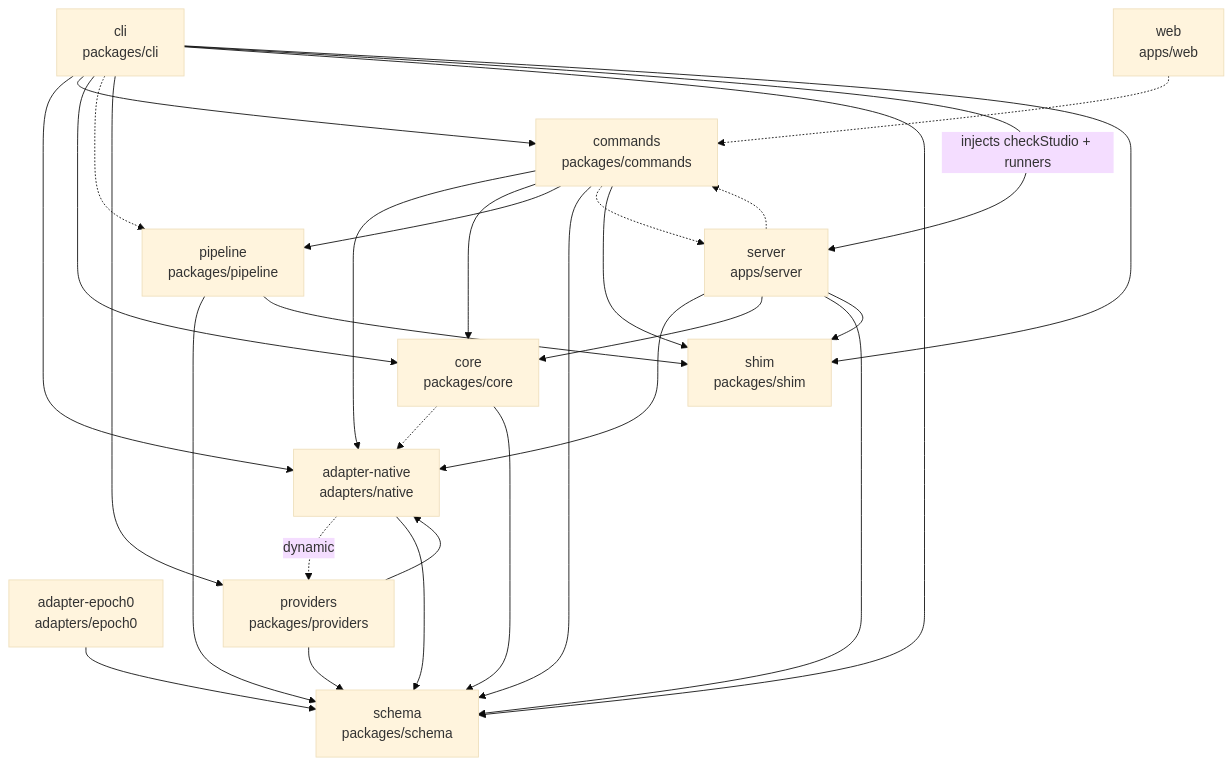
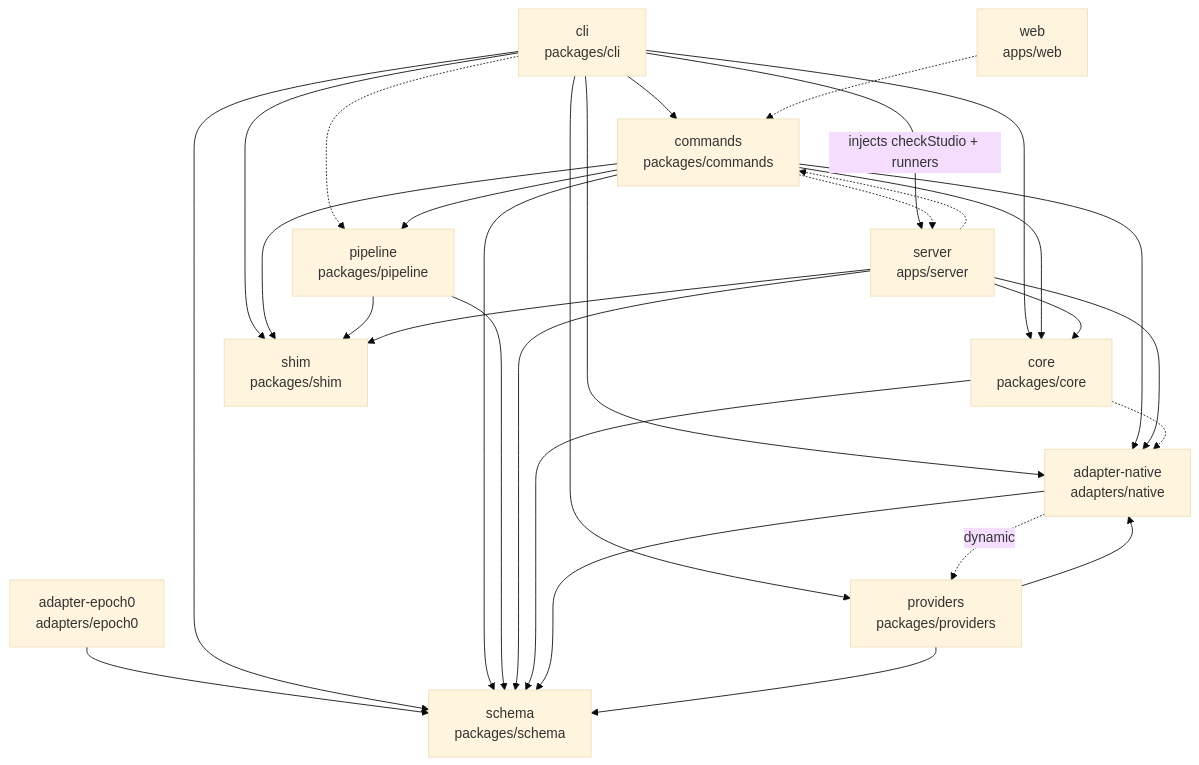
The first of 4 diagrams in docs/ARCHITECTURE.md (Round-Block/bisellium), drawn with Mermaid (base theme) before and after one commit. The commit also changed other lines of this file and 3 other files, not shown here.

First line of the commit message:
docs(architecture): diagrams at natural size, ELK layout (#346)

````diff
--- a/docs/ARCHITECTURE.md
+++ b/docs/ARCHITECTURE.md
@@ -23,43 +23,43 @@
 ```mermaid
 flowchart TD
   adapter_epoch0["adapter-epoch0<br/>adapters/epoch0"]
+  cli["cli<br/>packages/cli"]
+  web["web<br/>apps/web"]
+  commands["commands<br/>packages/commands"]
+  pipeline["pipeline<br/>packages/pipeline"]
+  server["server<br/>apps/server"]
+  core["core<br/>packages/core"]
+  shim["shim<br/>packages/shim"]
   adapter_native["adapter-native<br/>adapters/native"]
-  cli["cli<br/>packages/cli"]
-  commands["commands<br/>packages/commands"]
-  core["core<br/>packages/core"]
-  pipeline["pipeline<br/>packages/pipeline"]
   providers["providers<br/>packages/providers"]
   schema["schema<br/>packages/schema"]
-  server["server<br/>apps/server"]
-  shim["shim<br/>packages/shim"]
-  web["web<br/>apps/web"]
   adapter_epoch0 --> schema
+  cli --> commands
+  cli -.-> pipeline
+  cli -- "injects checkStudio + runners" --> server
+  cli --> core
+  cli --> shim
+  cli --> adapter_native
+  cli --> providers
+  cli --> schema
+  web -.-> commands
+  commands --> pipeline
+  commands -.-> server
+  commands --> core
+  commands --> shim
+  commands --> adapter_native
+  commands --> schema
+  pipeline --> shim
+  pipeline --> schema
+  server -.-> commands
+  server --> core
+  server --> shim
+  server --> adapter_native
+  server --> schema
+  core -.-> adapter_native
+  core --> schema
   adapter_native -. dynamic .-> providers
   adapter_native --> schema
-  cli --> adapter_native
-  cli --> commands
-  cli --> core
-  cli -.-> pipeline
-  cli --> providers
-  cli --> schema
-  cli -- "injects checkStudio + runners" --> server
-  cli --> shim
-  commands --> adapter_native
-  commands --> core
-  commands --> pipeline
-  commands --> schema
-  commands -.-> server
-  commands --> shim
-  core -.-> adapter_native
-  core --> schema
-  pipeline --> schema
-  pipeline --> shim
   providers --> adapter_native
   providers --> schema
-  server --> adapter_native
-  server -.-> commands
-  server --> core
-  server --> schema
-  server --> shim
-  web -.-> commands
 ```
````
